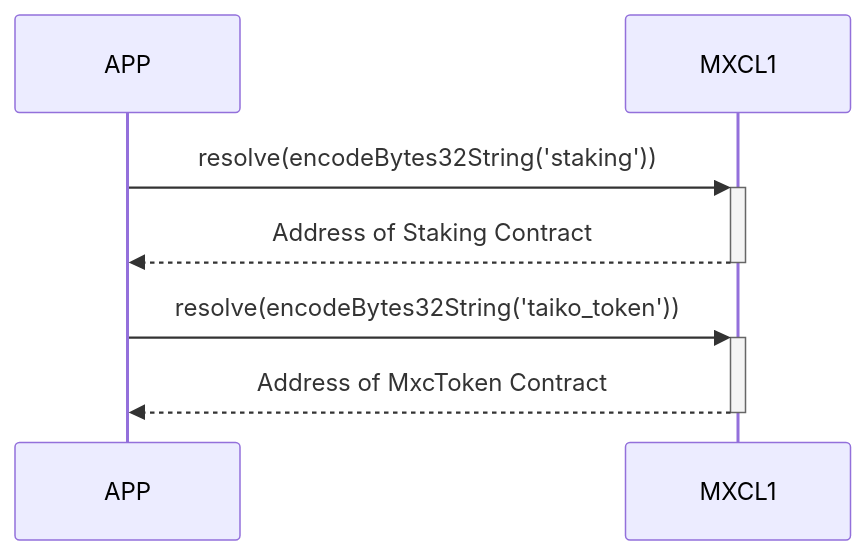
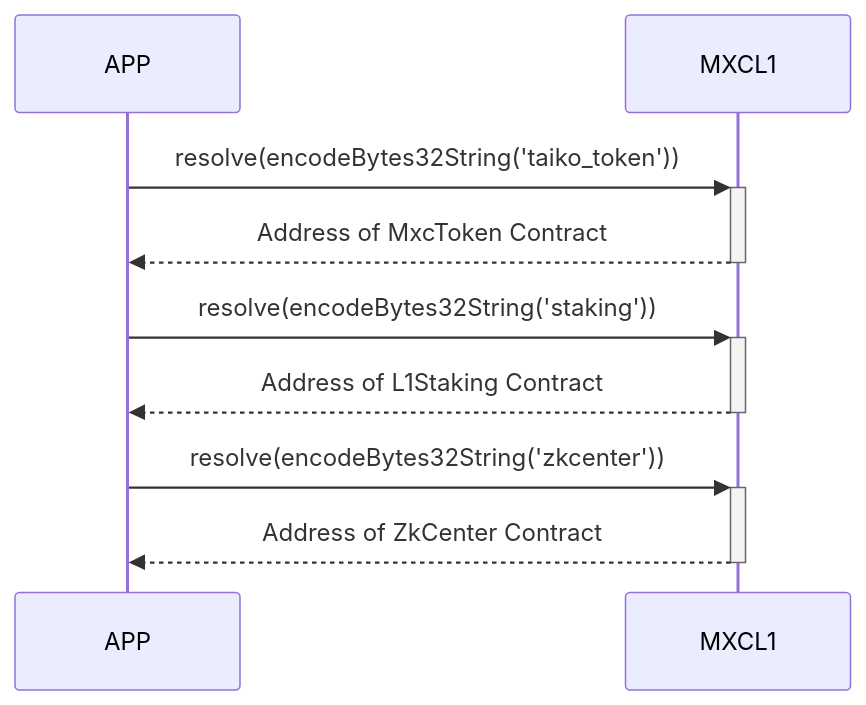
Before and after one commit to MXCzkEVM/Moonchain-Documentation: the first of 6 diagrams in docs/Moonchain-Design/zk.md, drawn with Mermaid. The commit also changed other lines of this file and 4 other files, not shown here.

Commit message:
Update the flow for miner registration and staking.

````diff
--- a/docs/Moonchain-Design/zk.md
+++ b/docs/Moonchain-Design/zk.md
@@ -130,7 +118,9 @@
 ```mermaid
 sequenceDiagram
-  APP->>+MXCL1: resolve(encodeBytes32String('staking'))
-  MXCL1-->>-APP: Address of Staking Contract
   APP->>+MXCL1: resolve(encodeBytes32String('taiko_token'))
   MXCL1-->>-APP: Address of MxcToken Contract
+  APP->>+MXCL1: resolve(encodeBytes32String('staking'))
+  MXCL1-->>-APP: Address of L1Staking Contract
+  APP->>+MXCL1: resolve(encodeBytes32String('zkcenter'))
+  MXCL1-->>-APP: Address of ZkCenter Contract
 ```
````
